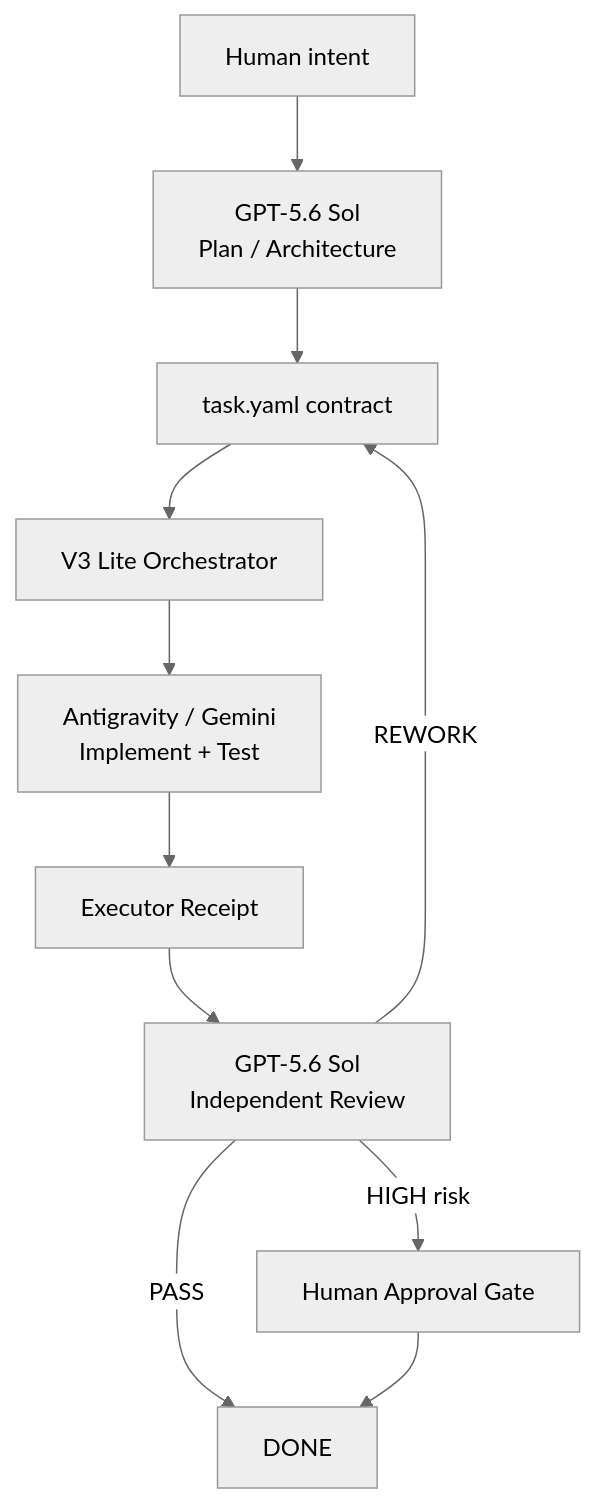
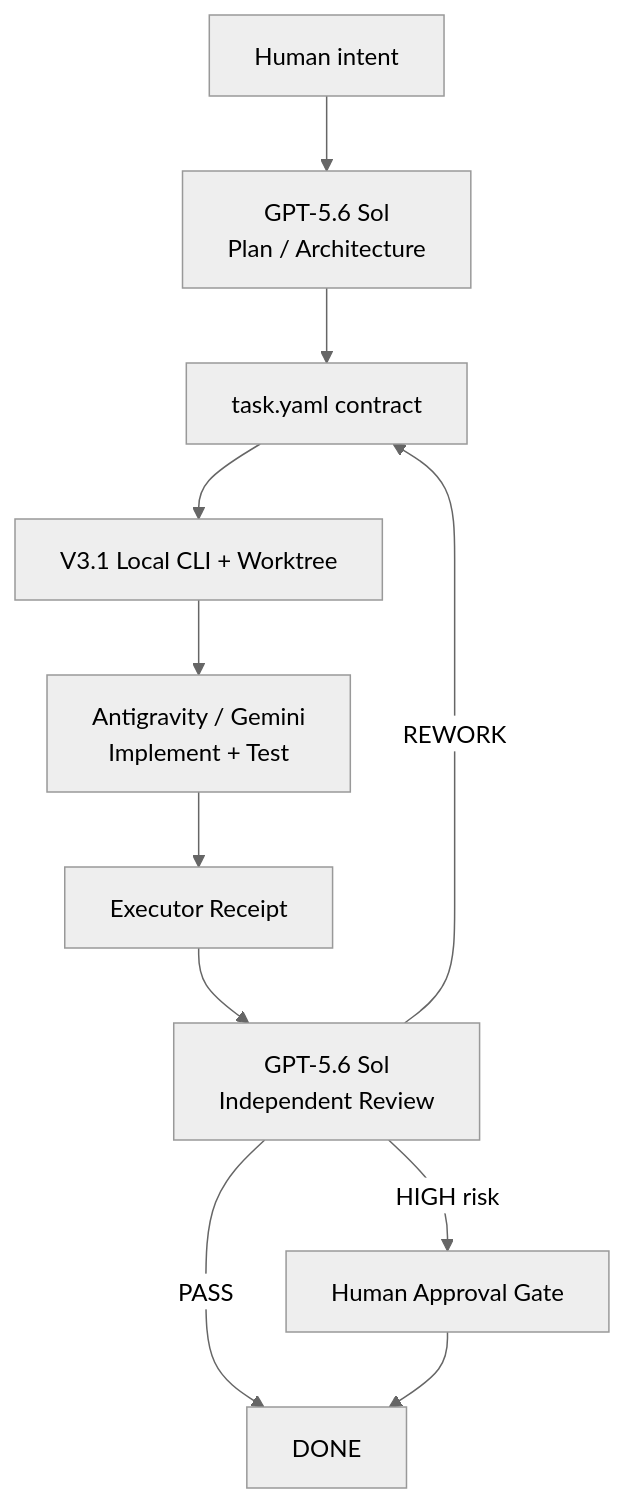
The diagram in README.md (zhttttttty/gpt-antigravity-dev-control), drawn with Mermaid (neutral theme) before and after one commit. The commit also changed other lines of this file and 22 other files, not shown here.

````diff
--- a/README.md
+++ b/README.md
@@ -13,13 +31,13 @@
 ```mermaid
 flowchart TD
     H[Human intent] --> G[GPT-5.6 Sol\nPlan / Architecture]
     G --> T[task.yaml contract]
-    T --> O[V3 Lite Orchestrator]
+    T --> O[V3.1 Local CLI + Worktree]
     O --> A[Antigravity / Gemini\nImplement + Test]
     A --> E[Executor Receipt]
     E --> R[GPT-5.6 Sol\nIndependent Review]
     R -->|PASS| D[DONE]
     R -->|REWORK| T
     R -->|HIGH risk| X[Human Approval Gate]
     X --> D
 ```
````
